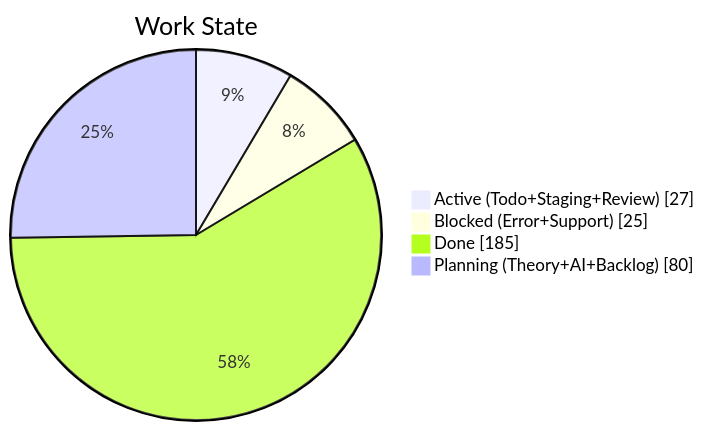
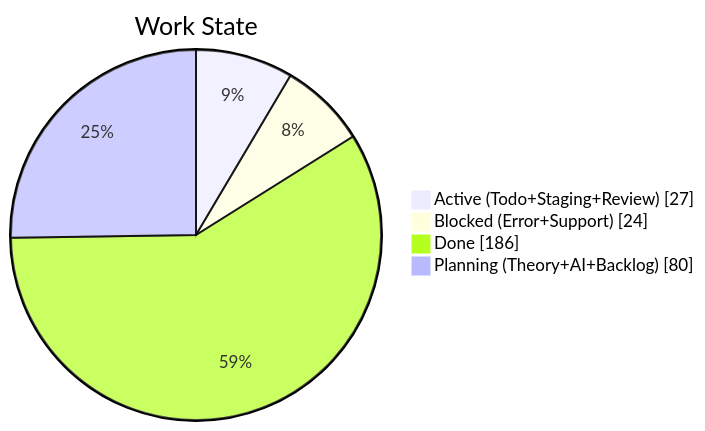
The second of 4 diagrams in apps/kbve/astro-kbve/src/content/docs/dashboard/kanban-data.mdx (KBVE/kbve), drawn with Mermaid before and after one commit. The commit also changed other lines of this file and 6 other files, not shown here.

````diff
--- a/apps/kbve/astro-kbve/src/content/docs/dashboard/kanban-data.mdx
+++ b/apps/kbve/astro-kbve/src/content/docs/dashboard/kanban-data.mdx
@@ -68,8 +68,8 @@
 ```mermaid
 pie showData
     title Work State
     "Active (Todo+Staging+Review)" : 27
-    "Blocked (Error+Support)" : 25
-    "Done" : 185
+    "Blocked (Error+Support)" : 24
+    "Done" : 186
     "Planning (Theory+AI+Backlog)" : 80
 ```
````
